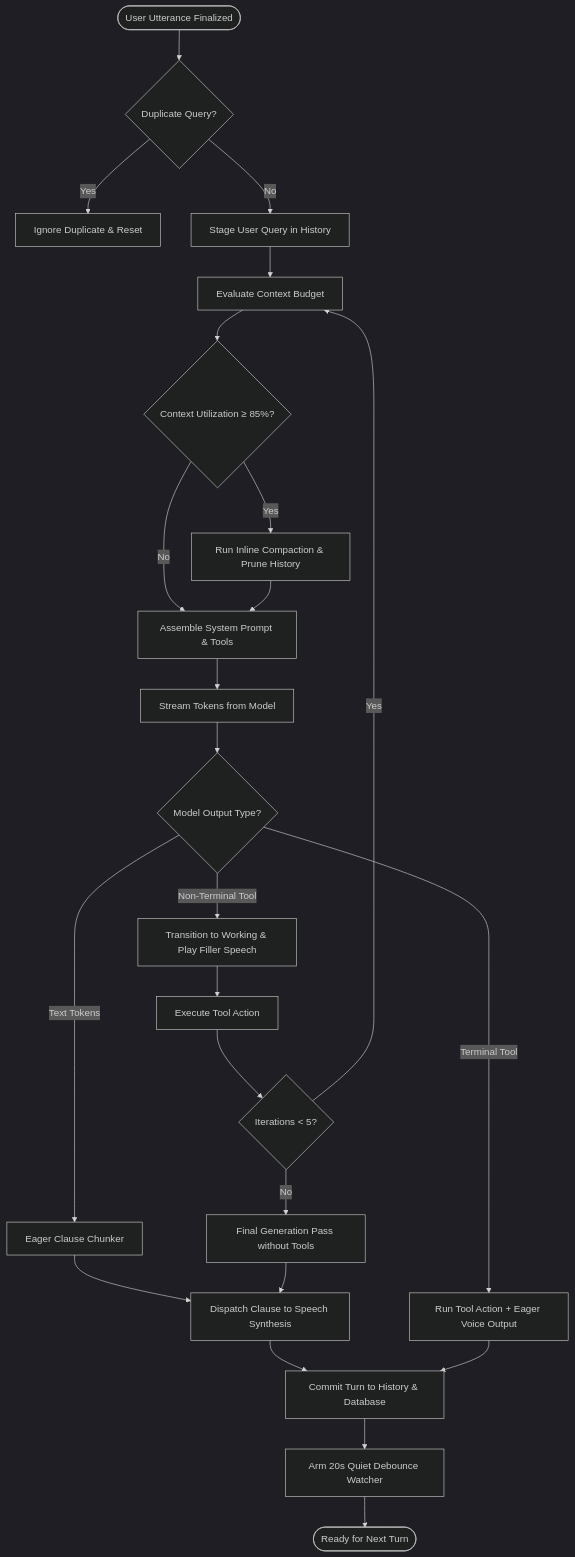
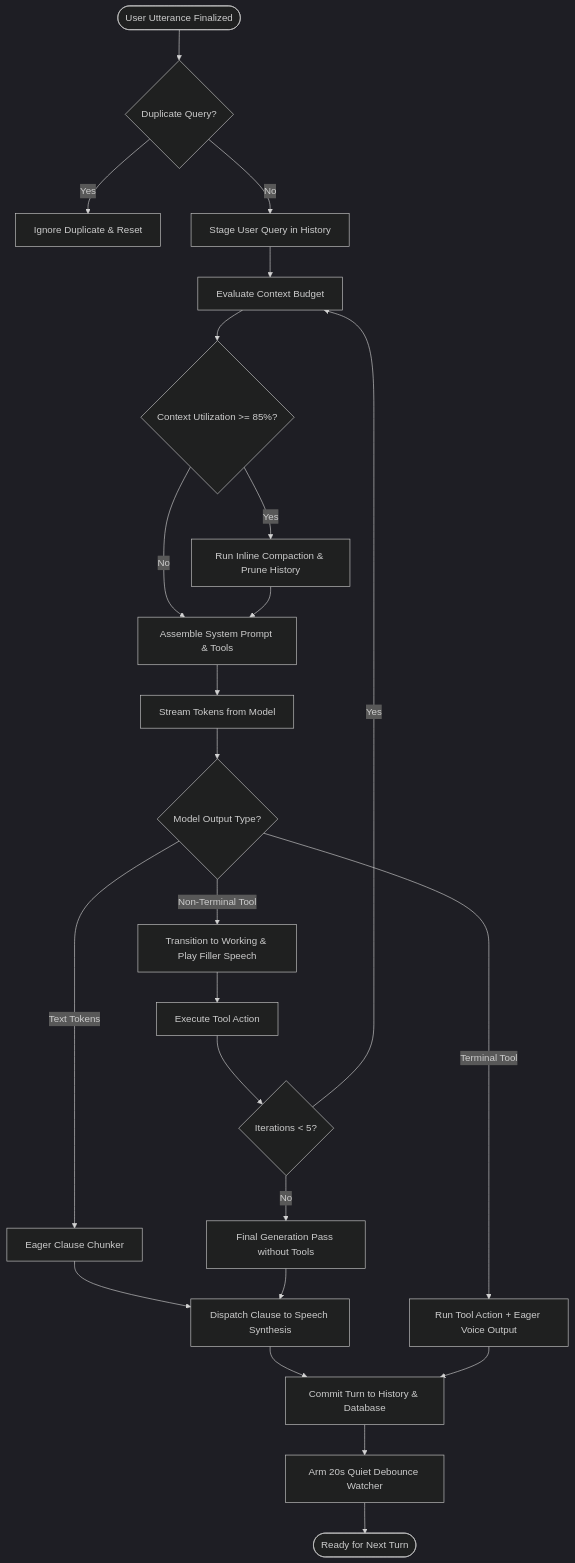
Before and after one commit to addy-47/vox: the first of 2 diagrams in docs/specs/harness-spec.md, drawn with Mermaid (dark theme). The commit also changed other lines of this file and 75 other files, not shown here.

````diff
--- a/docs/specs/harness-spec.md
+++ b/docs/specs/harness-spec.md
@@ -34,34 +34,34 @@
 ```mermaid
 flowchart TD
-    Start([User Utterance Finalized]) --> Dedupe{Duplicate Query?}
+    Start([User Utterance Finalized]) --> Dedupe{"Duplicate Query?"}
     Dedupe -- Yes --> Drop[Ignore Duplicate & Reset]
     Dedupe -- No --> StageUser[Stage User Query in History]
     
     StageUser --> EvalBudget[Evaluate Context Budget]
-    EvalBudget --> CheckCritical{Context Utilization ≥ 85%?}
+    EvalBudget --> CheckCritical{"Context Utilization >= 85%?"}
     
     CheckCritical -- Yes --> InlineCompact[Run Inline Compaction & Prune History]
     CheckCritical -- No --> AssemblePrompt[Assemble System Prompt & Tools]
     InlineCompact --> AssemblePrompt
     
     AssemblePrompt --> DispatchModel[Stream Tokens from Model]
     
-    DispatchModel --> StreamDemux{Model Output Type?}
+    DispatchModel --> StreamDemux{"Model Output Type?"}
     
     StreamDemux -- Text Tokens --> EagerChunk[Eager Clause Chunker]
     EagerChunk --> TTS[Dispatch Clause to Speech Synthesis]
     TTS --> FinalizeTurn[Commit Turn to History & Database]
     
     StreamDemux -- Terminal Tool --> TermTool[Run Tool Action + Eager Voice Output]
     TermTool --> FinalizeTurn
     
     StreamDemux -- Non-Terminal Tool --> NonTermTool[Transition to Working & Play Filler Speech]
     NonTermTool --> ExecTool[Execute Tool Action]
-    ExecTool --> ReenterLoop{Iterations < 5?}
+    ExecTool --> ReenterLoop{"Iterations < 5?"}
     ReenterLoop -- Yes --> EvalBudget
     ReenterLoop -- No --> ForceText[Final Generation Pass without Tools]
     ForceText --> TTS
     
     FinalizeTurn --> IdleWatch[Arm 20s Quiet Debounce Watcher]
     IdleWatch --> Done([Ready for Next Turn])
 ```
````
